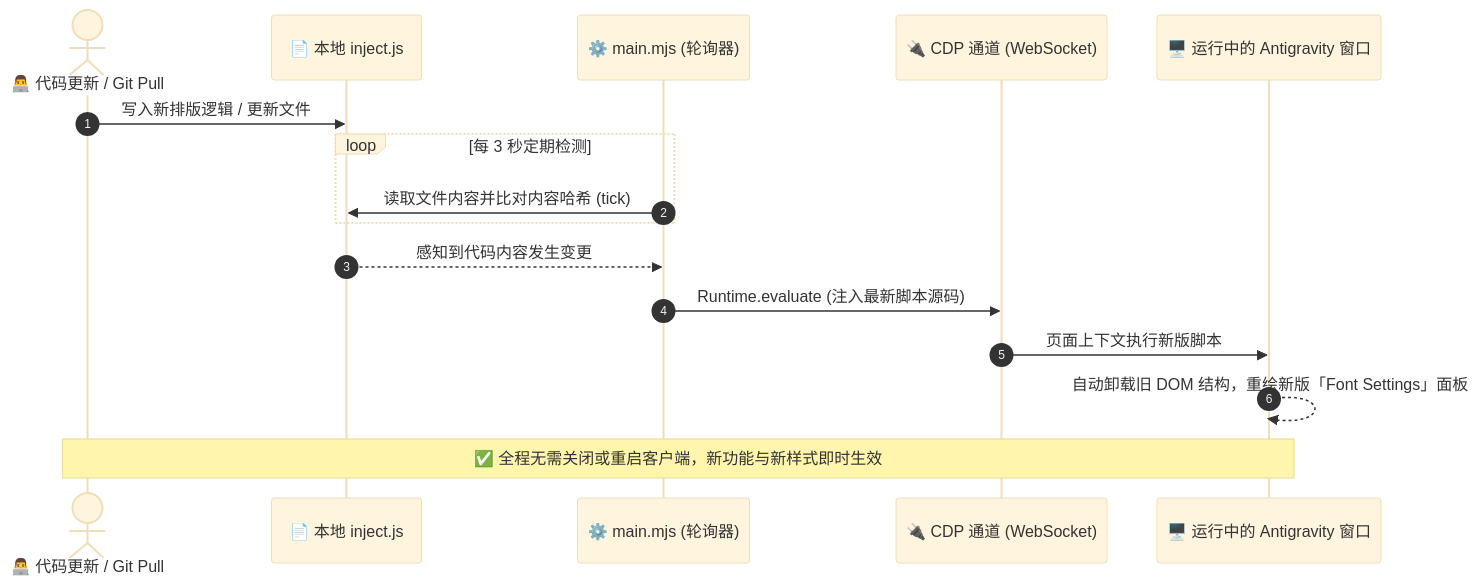
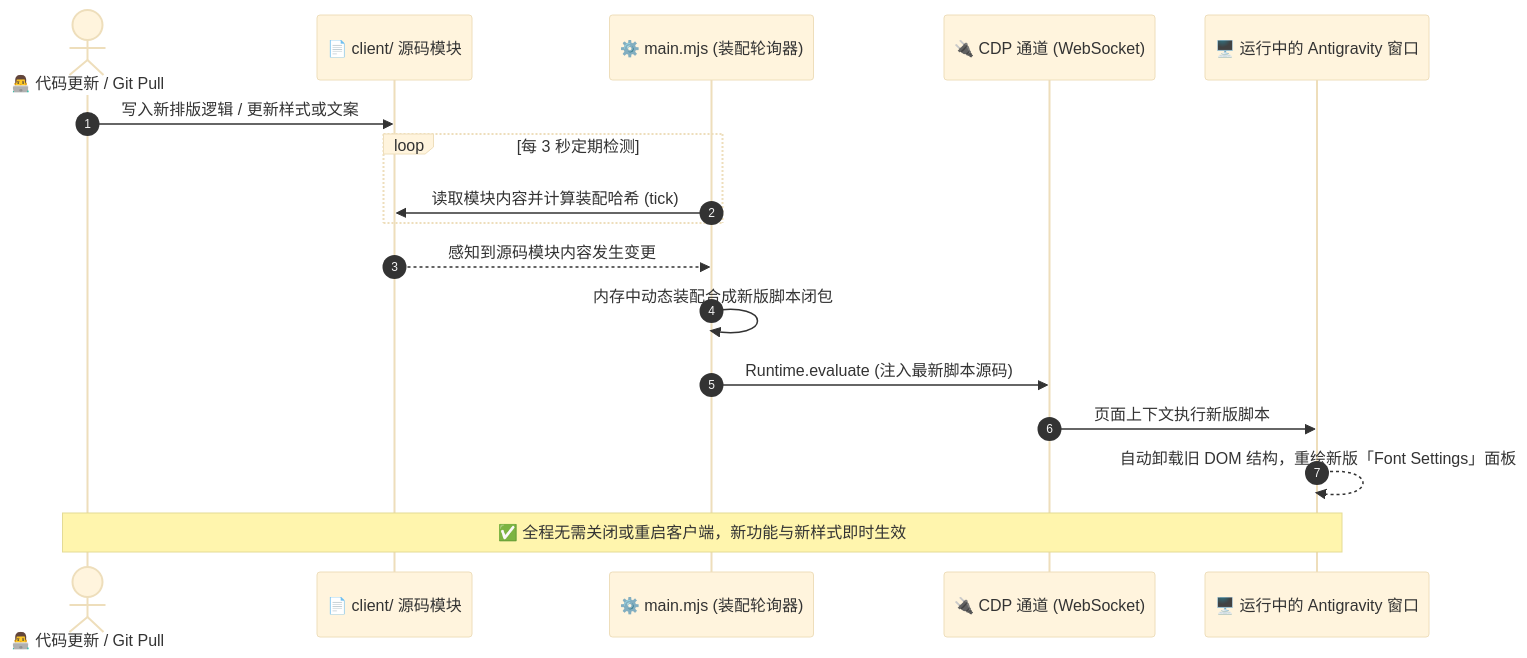
The third of 3 diagrams in ARCHITECTURE.md (moumouye/Antigravity-font-settings), drawn with Mermaid (base theme) before and after one commit. The commit also changed other lines of this file and 10 other files, not shown here.

````diff
--- a/ARCHITECTURE.md
+++ b/ARCHITECTURE.md
@@ -89,19 +96,20 @@
 ```mermaid
 sequenceDiagram
     autonumber
     actor Dev as 👨‍💻 代码更新 / Git Pull
-    participant File as 📄 本地 inject.js
-    participant Engine as ⚙️ main.mjs (轮询器)
+    participant File as 📄 client/ 源码模块
+    participant Engine as ⚙️ main.mjs (装配轮询器)
     participant CDP as 🔌 CDP 通道 (WebSocket)
     participant Page as 🖥️ 运行中的 Antigravity 窗口
 
-    Dev->>File: 写入新排版逻辑 / 更新文件
+    Dev->>File: 写入新排版逻辑 / 更新样式或文案
     loop 每 3 秒定期检测
-        Engine->>File: 读取文件内容并比对内容哈希 (tick)
+        Engine->>File: 读取模块内容并计算装配哈希 (tick)
     end
-    File-->>Engine: 感知到代码内容发生变更
+    File-->>Engine: 感知到源码模块内容发生变更
+    Engine->>Engine: 内存中动态装配合成新版脚本闭包
     Engine->>CDP: Runtime.evaluate (注入最新脚本源码)
     CDP->>Page: 页面上下文执行新版脚本
     Page-->>Page: 自动卸载旧 DOM 结构，重绘新版「Font Settings」面板
     Note over Dev, Page: ✅ 全程无需关闭或重启客户端，新功能与新样式即时生效
 ```
````
